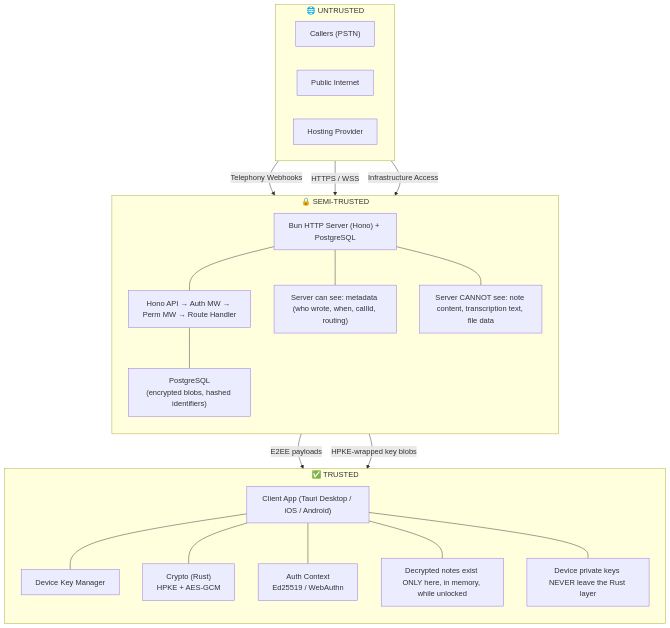
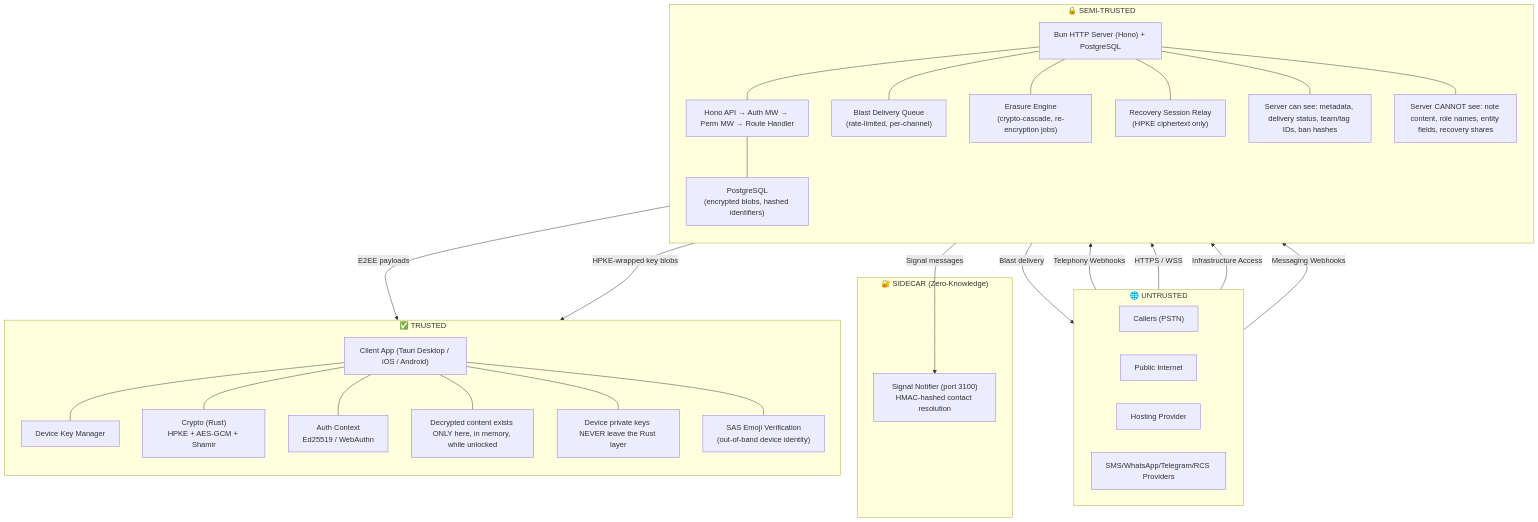
The diagram in docs/security/THREAT_MODEL.md (rhonda-rodododo/llamenos-platform), drawn with Mermaid before and after one commit. The commit also changed other lines of this file and 2 other files, not shown here.

First line of the commit message:
docs(security): threat model overhaul — EP01-EP09 attack surfaces + data classification

````diff
--- a/docs/security/THREAT_MODEL.md
+++ b/docs/security/THREAT_MODEL.md
@@ -92,46 +116,62 @@
 ```mermaid
 flowchart TB
     subgraph UNTRUSTED["🌐 UNTRUSTED"]
         direction LR
         PSTN["Callers (PSTN)"]
         Internet["Public Internet"]
         Provider["Hosting Provider"]
+        MsgProviders["SMS/WhatsApp/Telegram/RCS Providers"]
     end
 
     subgraph SEMI["🔒 SEMI-TRUSTED"]
         direction TB
         Server["Bun HTTP Server (Hono) + PostgreSQL"]
         API["Hono API → Auth MW → Perm MW → Route Handler"]
         DB["PostgreSQL<br/>(encrypted blobs, hashed identifiers)"]
-        ServerMeta["Server can see: metadata (who wrote, when, callId, routing)"]
-        ServerCant["Server CANNOT see: note content, transcription text, file data"]
+        BlastQueue["Blast Delivery Queue<br/>(rate-limited, per-channel)"]
+        ErasureEngine["Erasure Engine<br/>(crypto-cascade, re-encryption jobs)"]
+        RecoveryRelay["Recovery Session Relay<br/>(HPKE ciphertext only)"]
+        ServerMeta["Server can see: metadata, delivery status, team/tag IDs, ban hashes"]
+        ServerCant["Server CANNOT see: note content, role names, entity fields, recovery shares"]
+    end
+
+    subgraph SIDECAR["🔐 SIDECAR (Zero-Knowledge)"]
+        SignalNotifier["Signal Notifier (port 3100)<br/>HMAC-hashed contact resolution"]
     end
 
     subgraph TRUSTED["✅ TRUSTED"]
         direction TB
         Client["Client App (Tauri Desktop / iOS / Android)"]
         DevKey["Device Key Manager"]
-        Crypto["Crypto (Rust)<br/>HPKE + AES-GCM"]
+        Crypto["Crypto (Rust)<br/>HPKE + AES-GCM + Shamir"]
         Auth["Auth Context<br/>Ed25519 / WebAuthn"]
-        ClientNote["Decrypted notes exist ONLY here, in memory, while unlocked"]
+        ClientNote["Decrypted content exists ONLY here, in memory, while unlocked"]
         ClientKey["Device private keys NEVER leave the Rust layer"]
+        SASVerify["SAS Emoji Verification<br/>(out-of-band device identity)"]
     end
 
     PSTN -->|Telephony Webhooks| Server
     Internet -->|HTTPS / WSS| Server
     Provider -->|Infrastructure Access| Server
+    MsgProviders -->|Messaging Webhooks| Server
 
     Server -->|E2EE payloads| Client
     Server -->|HPKE-wrapped key blobs| Client
+    Server -->|Blast delivery| MsgProviders
+    Server -->|Signal messages| SignalNotifier
 
     Server --- API
     API --- DB
+    Server --- BlastQueue
+    Server --- ErasureEngine
+    Server --- RecoveryRelay
     Server --- ServerMeta
     Server --- ServerCant
 
     Client --- DevKey
     Client --- Crypto
     Client --- Auth
     Client --- ClientNote
     Client --- ClientKey
+    Client --- SASVerify
 ```
````
